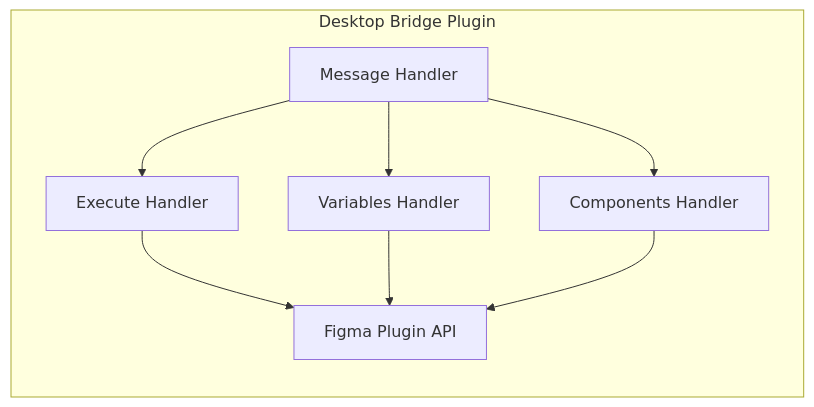
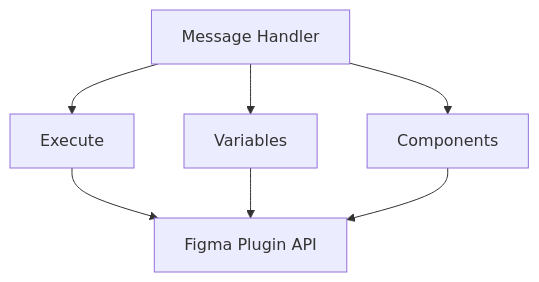
The third of 6 diagrams in docs/architecture.md (southleft/figma-console-mcp), drawn with Mermaid before and after one commit. The commit also changed other lines of this file, not shown here.

First line of the commit message:
fix(docs): Optimize Mermaid charts for container width

````diff
--- a/docs/architecture.md
+++ b/docs/architecture.md
@@ -116,18 +101,10 @@
 ```mermaid
-flowchart LR
-    subgraph BRIDGE["Desktop Bridge Plugin"]
-        direction TB
-        HANDLER["Message Handler"]
-        EXEC["Execute Handler"]
-        VARS["Variables Handler"]
-        COMP["Components Handler"]
-        API["Figma Plugin API"]
-
-        HANDLER --> EXEC
-        HANDLER --> VARS
-        HANDLER --> COMP
-        EXEC --> API
-        VARS --> API
-        COMP --> API
-    end
+flowchart TB
+    MSG[Message Handler]
+    MSG --> EXEC[Execute]
+    MSG --> VARS[Variables]
+    MSG --> COMP[Components]
+    EXEC --> API[Figma Plugin API]
+    VARS --> API
+    COMP --> API
 ```
````
